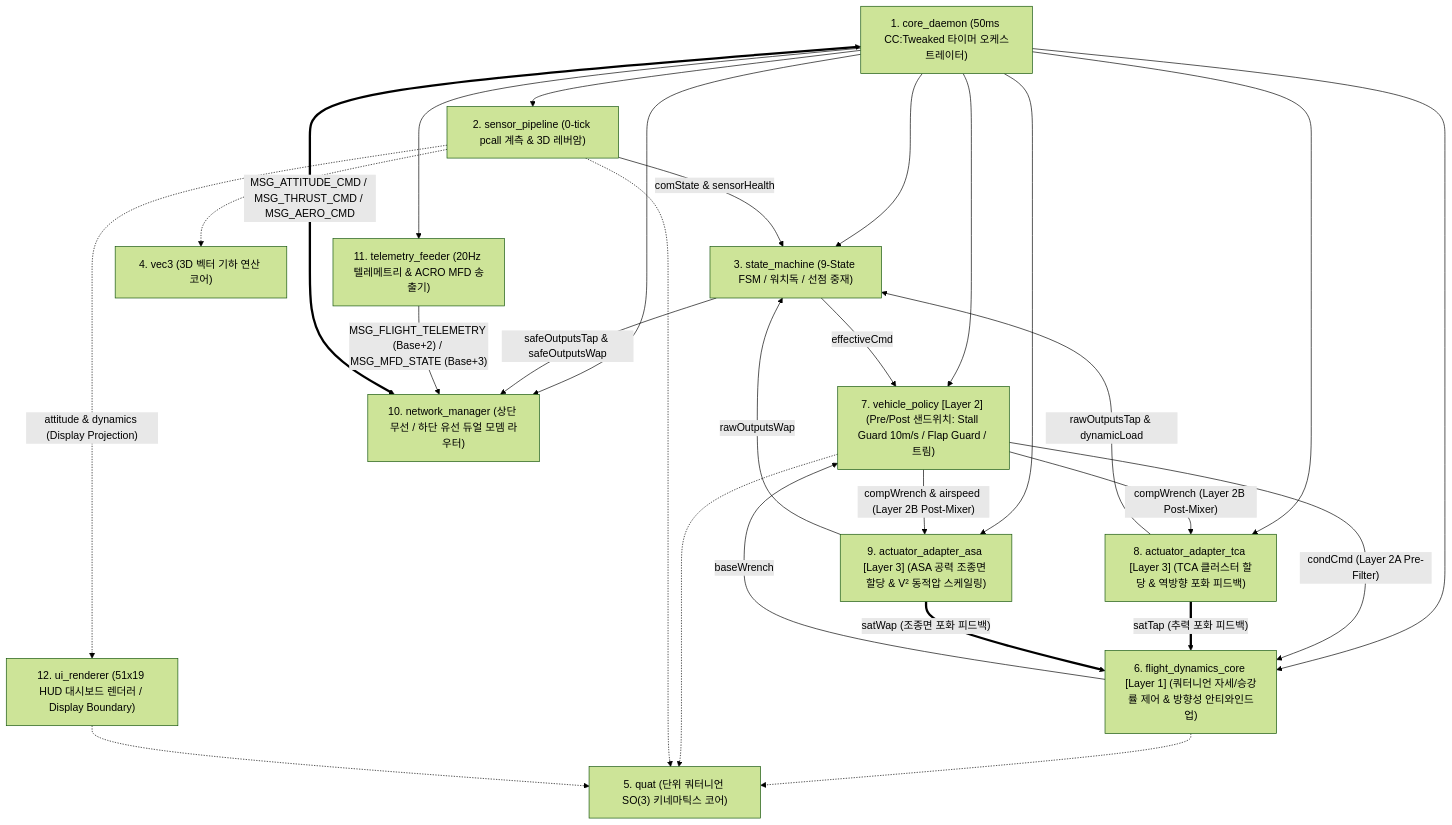
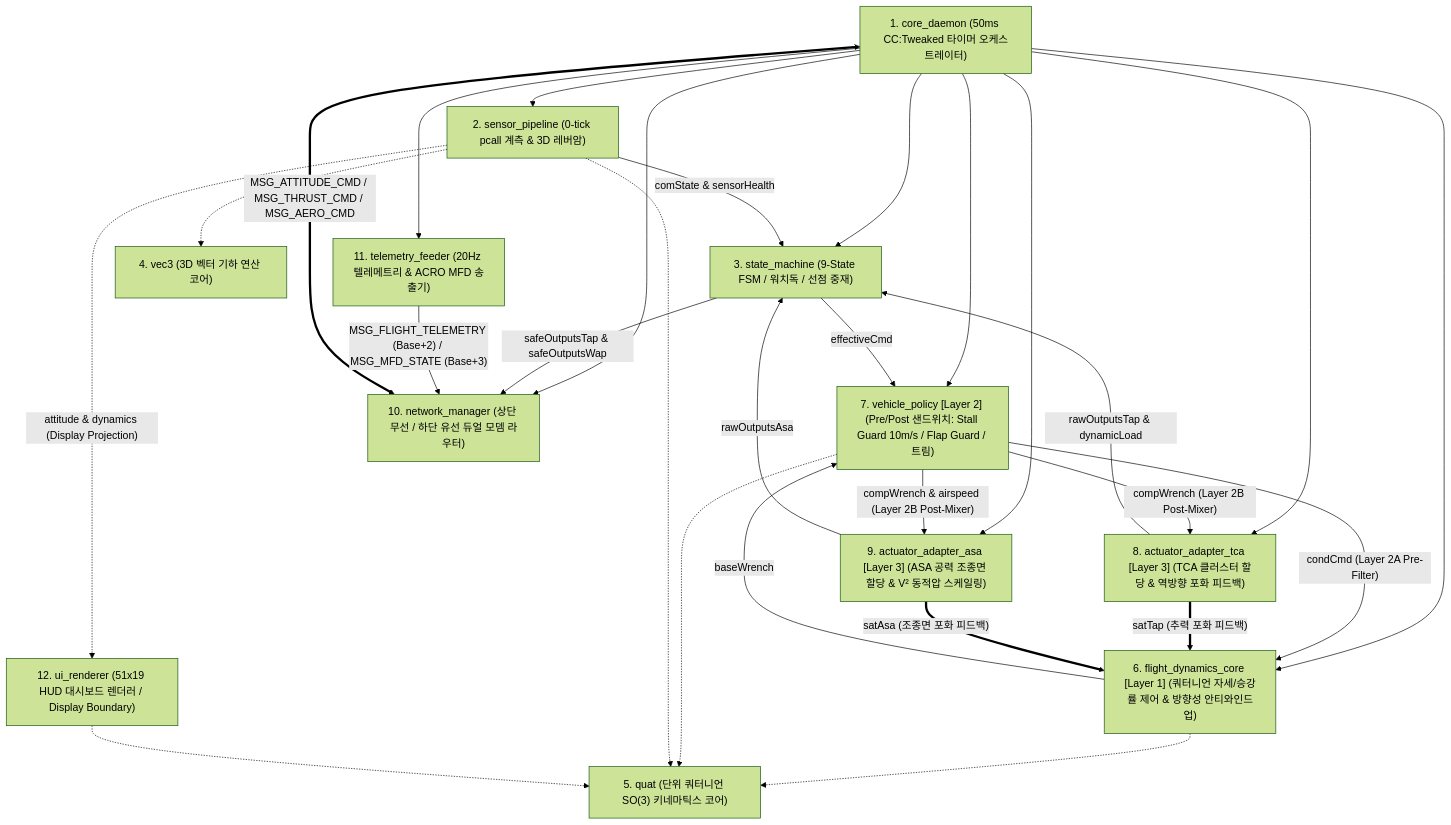
The third of 4 diagrams in docs/specs/1_control/vas/VAS_PROGRAM_SPECIFICATION.md (Polimachi/Aeroneutics_Autopilot), drawn with Mermaid (forest theme) before and after one commit. The commit also changed other lines of this file and 3 other files, not shown here.

Commit message:
docs(specs): harmonize 4 core specifications with ASA/FCP standards and bump minor versions (Task 4)

````diff
--- a/docs/specs/1_control/vas/VAS_PROGRAM_SPECIFICATION.md
+++ b/docs/specs/1_control/vas/VAS_PROGRAM_SPECIFICATION.md
@@ -289,45 +290,45 @@
 ```mermaid
 flowchart TD
     DAEMON["1. core_daemon (50ms CC:Tweaked 타이머 오케스트레이터)"]
     SENS["2. sensor_pipeline (0-tick pcall 계측 & 3D 레버암)"]
     FSM["3. state_machine (9-State FSM / 워치독 / 선점 중재)"]
     VEC["4. vec3 (3D 벡터 기하 연산 코어)"]
     QUAT["5. quat (단위 쿼터니언 SO(3) 키네마틱스 코어)"]
     CORE["6. flight_dynamics_core [Layer 1] (쿼터니언 자세/승강률 제어 & 방향성 안티와인드업)"]
     POLICY["7. vehicle_policy [Layer 2] (Pre/Post 샌드위치: Stall Guard 10m/s / Flap Guard / 트림)"]
     ADAPTER_TAP["8. actuator_adapter_tca [Layer 3] (TCA 클러스터 할당 & 역방향 포화 피드백)"]
-    ADAPTER_WAP["9. actuator_adapter_asa [Layer 3] (ASA 공력 조종면 할당 & V² 동적압 스케일링)"]
+    ADAPTER_ASA["9. actuator_adapter_asa [Layer 3] (ASA 공력 조종면 할당 & V² 동적압 스케일링)"]
     NET["10. network_manager (상단 무선 / 하단 유선 듀얼 모뎀 라우터)"]
     TELEM["11. telemetry_feeder (20Hz 텔레메트리 & ACRO MFD 송출기)"]
     UI["12. ui_renderer (51x19 HUD 대시보드 렌더러 / Display Boundary)"]
 
     DAEMON --> SENS
     DAEMON --> FSM
     DAEMON --> POLICY
     DAEMON --> CORE
     DAEMON --> ADAPTER_TAP
-    DAEMON --> ADAPTER_WAP
+    DAEMON --> ADAPTER_ASA
     DAEMON --> NET
     DAEMON --> TELEM
 
     CORE -.-> QUAT
     POLICY -.-> QUAT
     SENS -.-> QUAT
     SENS -.-> VEC
     UI -.-> QUAT
 
     SENS -->|"comState & sensorHealth"| FSM
     FSM -->|"effectiveCmd"| POLICY
     POLICY -->|"condCmd (Layer 2A Pre-Filter)"| CORE
     ADAPTER_TAP ==>|"satTap (추력 포화 피드백)"| CORE
-    ADAPTER_WAP ==>|"satWap (조종면 포화 피드백)"| CORE
+    ADAPTER_ASA ==>|"satAsa (조종면 포화 피드백)"| CORE
     CORE -->|"baseWrench"| POLICY
     POLICY -->|"compWrench (Layer 2B Post-Mixer)"| ADAPTER_TAP
-    POLICY -->|"compWrench & airspeed (Layer 2B Post-Mixer)"| ADAPTER_WAP
+    POLICY -->|"compWrench & airspeed (Layer 2B Post-Mixer)"| ADAPTER_ASA
     ADAPTER_TAP -->|"rawOutputsTap & dynamicLoad"| FSM
-    ADAPTER_WAP -->|"rawOutputsWap"| FSM
+    ADAPTER_ASA -->|"rawOutputsAsa"| FSM
     FSM -->|"safeOutputsTap & safeOutputsWap"| NET
     NET <==>|"MSG_ATTITUDE_CMD / MSG_THRUST_CMD / MSG_AERO_CMD"| DAEMON
     TELEM -->|"MSG_FLIGHT_TELEMETRY (Base+2) / MSG_MFD_STATE (Base+3)"| NET
     SENS -.->|"attitude & dynamics (Display Projection)"| UI
 ```
````
